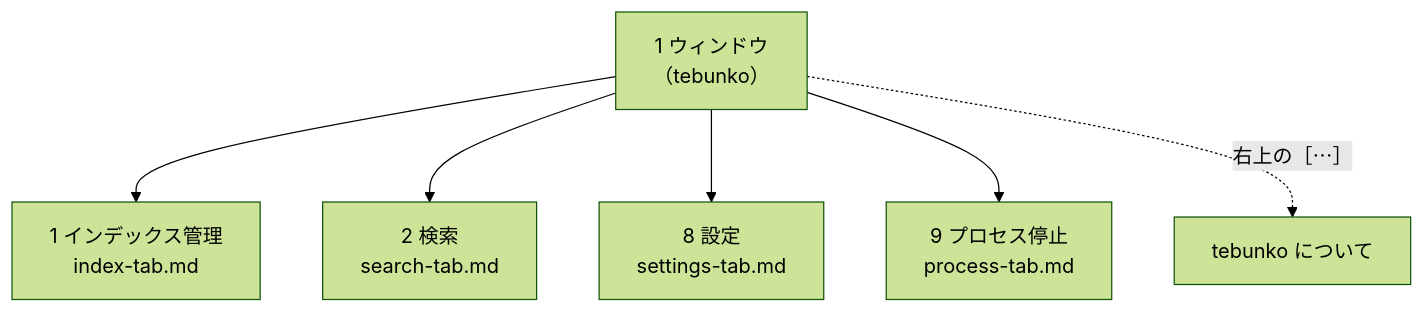
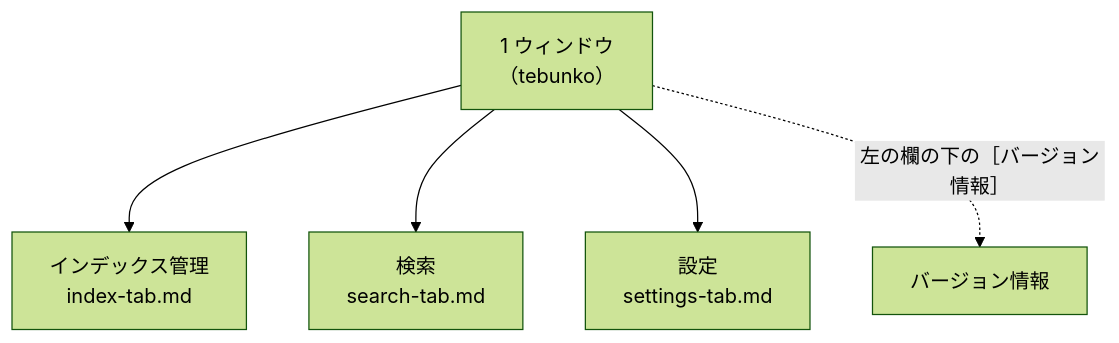
One commit to hsgwa/tebunko changed the first of 2 diagrams in docs/design/gui/index.md. Above: the diagram before and after it, drawn with Mermaid (forest theme). The commit also changed other lines of this file and 312 other files, not shown here.

````diff
--- a/docs/design/gui/index.md
+++ b/docs/design/gui/index.md
@@ -16,9 +16,8 @@
 ```mermaid
 flowchart TB
     win["1 ウィンドウ<br>（tebunko）"]
-    win --> t1["1 インデックス管理<br>index-tab.md"]
-    win --> t2["2 検索<br>search-tab.md"]
-    win --> t8["8 設定<br>settings-tab.md"]
-    win --> t9["9 プロセス停止<br>process-tab.md"]
-    win -. "右上の［⋯］" .-> about["tebunko について"]
+    win --> t1["インデックス管理<br>index-tab.md"]
+    win --> t2["検索<br>search-tab.md"]
+    win --> t8["設定<br>settings-tab.md"]
+    win -. "左の欄の下の［バージョン情報］" .-> about["バージョン情報"]
 ```
````
